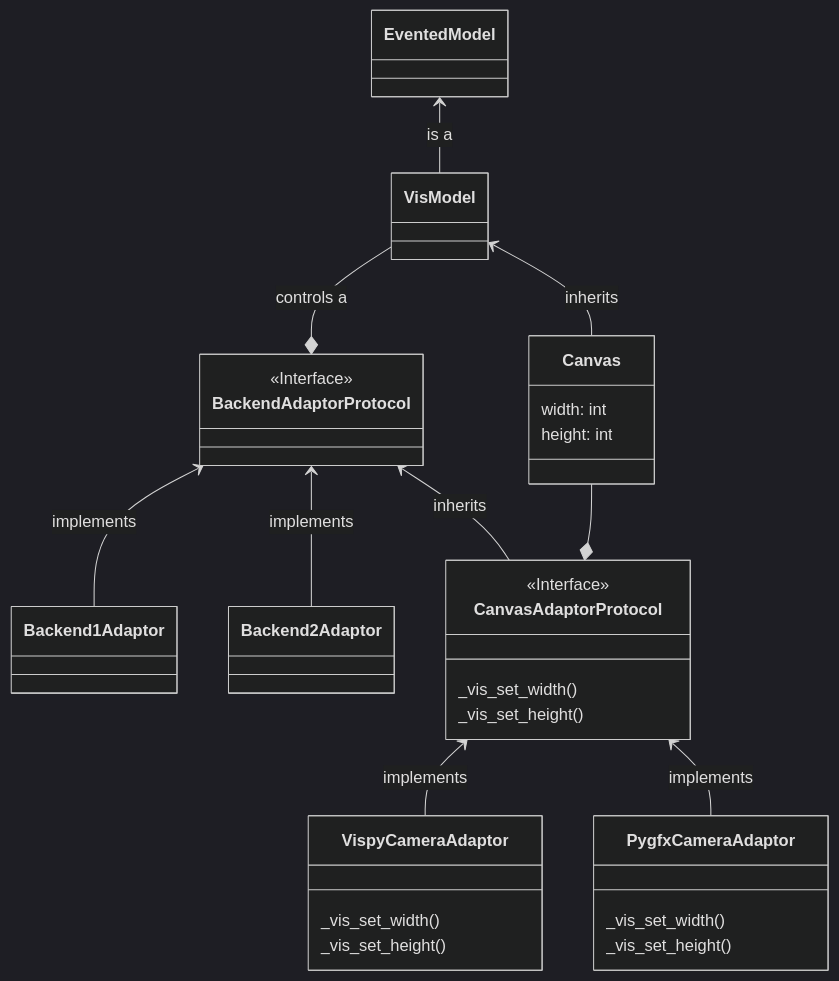
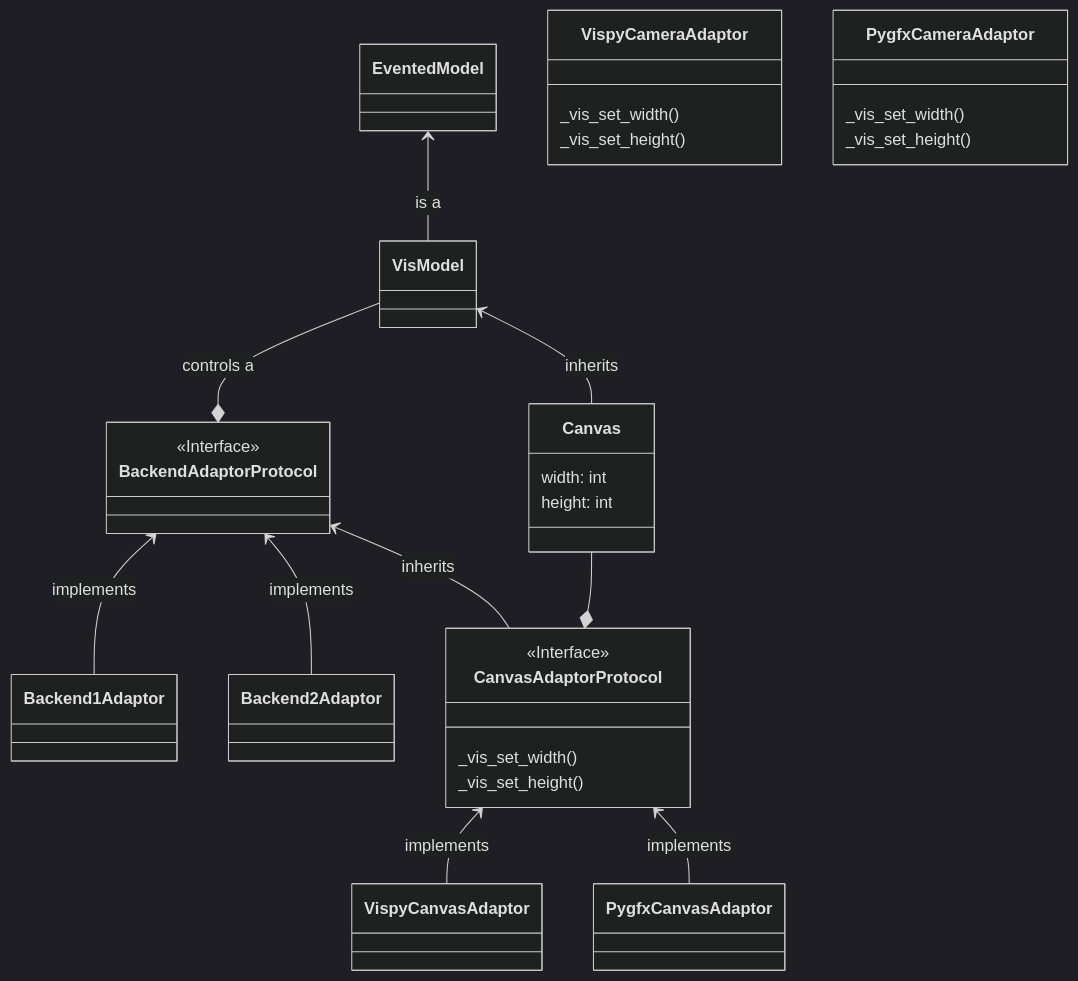
Before and after one commit to tlambert03/microvis: the diagram in docs/USAGE.md, drawn with Mermaid (dark theme).

````diff
--- a/docs/USAGE.md
+++ b/docs/USAGE.md
@@ -137,32 +137,32 @@
 ```mermaid
 classDiagram
     EventedModel <-- VisModel : is a 
     VisModel --* BackendAdaptorProtocol : controls a
     BackendAdaptorProtocol <-- Backend1Adaptor : implements
     BackendAdaptorProtocol <-- Backend2Adaptor : implements
     <<Interface>> BackendAdaptorProtocol
 
     VisModel <-- Canvas : inherits
     Canvas --* CanvasAdaptorProtocol
     BackendAdaptorProtocol <-- CanvasAdaptorProtocol : inherits
-    CanvasAdaptorProtocol <-- VispyCameraAdaptor : implements
-    CanvasAdaptorProtocol <-- PygfxCameraAdaptor : implements
+    CanvasAdaptorProtocol <-- VispyCanvasAdaptor : implements
+    CanvasAdaptorProtocol <-- PygfxCanvasAdaptor : implements
     <<Interface>> CanvasAdaptorProtocol
     class Canvas {
         width: int
         height: int
     }
     class CanvasAdaptorProtocol {
         _vis_set_width()
         _vis_set_height()
     }
     class VispyCameraAdaptor {
         _vis_set_width()
         _vis_set_height()
     }
     class PygfxCameraAdaptor {
         _vis_set_width()
         _vis_set_height()
     }
 
 ```
````
